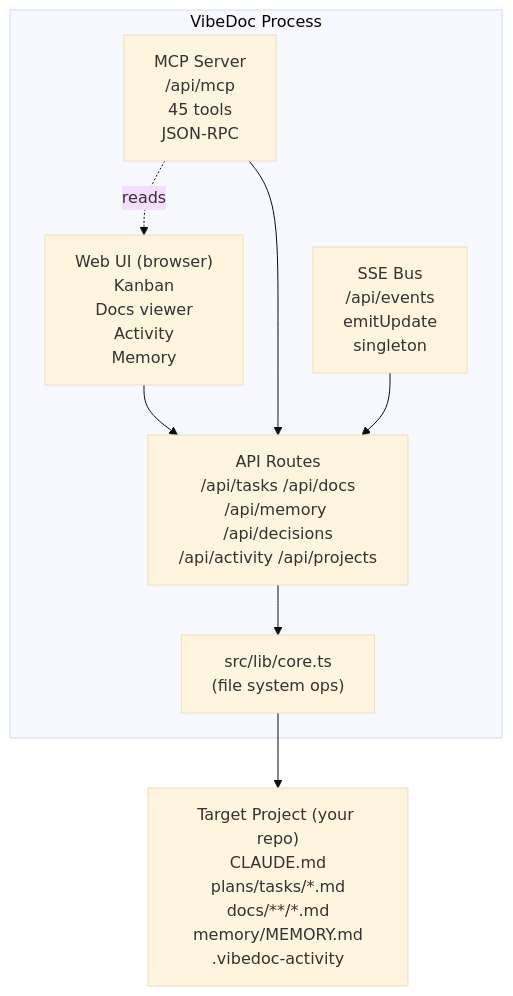
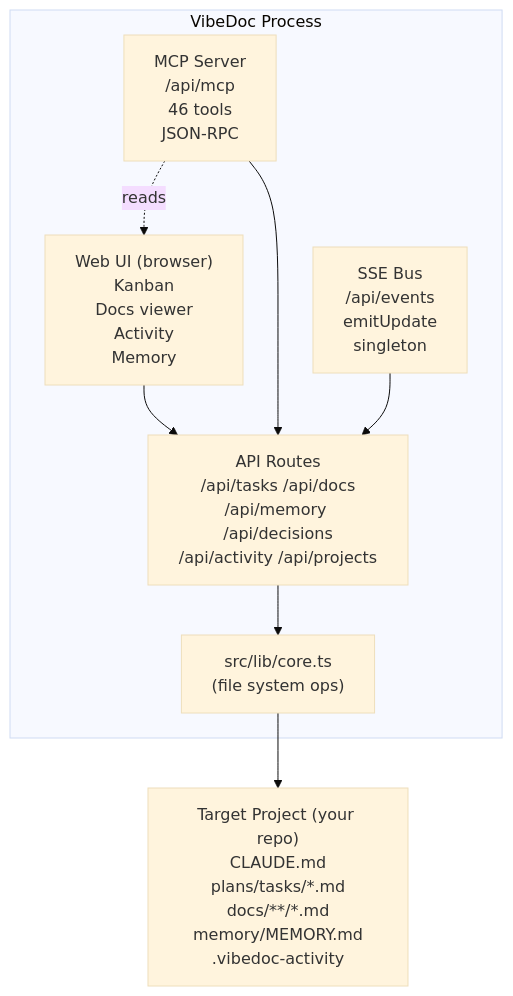
Before and after one commit to quanghoangf/vibedoc: the diagram in docs/architecture/01-overview/DOMAIN_MAP.md, drawn with Mermaid (base theme). The commit also changed 13 other files, not shown here.

````diff
--- a/docs/architecture/01-overview/DOMAIN_MAP.md
+++ b/docs/architecture/01-overview/DOMAIN_MAP.md
@@ -6,22 +6,22 @@
 ```mermaid
 graph TB
     subgraph VibeDoc["VibeDoc Process"]
         WebUI["Web UI (browser)<br/>Kanban<br/>Docs viewer<br/>Activity<br/>Memory"]
-        MCP["MCP Server<br/>/api/mcp<br/>45 tools<br/>JSON-RPC"]
+        MCP["MCP Server<br/>/api/mcp<br/>46 tools<br/>JSON-RPC"]
         SSE["SSE Bus<br/>/api/events<br/>emitUpdate<br/>singleton"]
 
         API["API Routes<br/>/api/tasks /api/docs<br/>/api/memory /api/decisions<br/>/api/activity /api/projects"]
 
         Core["src/lib/core.ts<br/>(file system ops)"]
 
         MCP -.->|reads| WebUI
         WebUI --> API
         MCP --> API
         SSE --> API
         API --> Core
     end
 
     Project["Target Project (your repo)<br/>CLAUDE.md<br/>plans/tasks/*.md<br/>docs/**/*.md<br/>memory/MEMORY.md<br/>.vibedoc-activity"]
 
     Core --> Project
 ```
````
